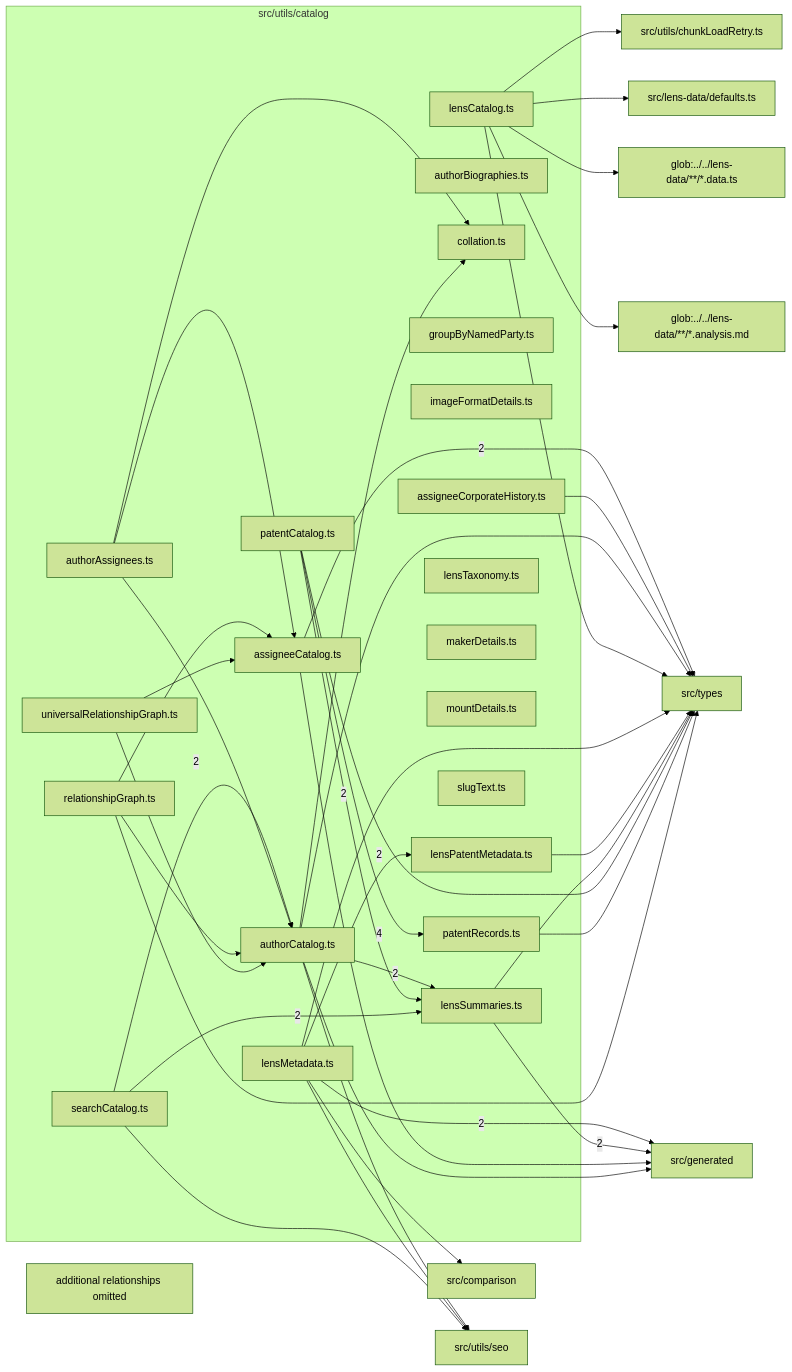
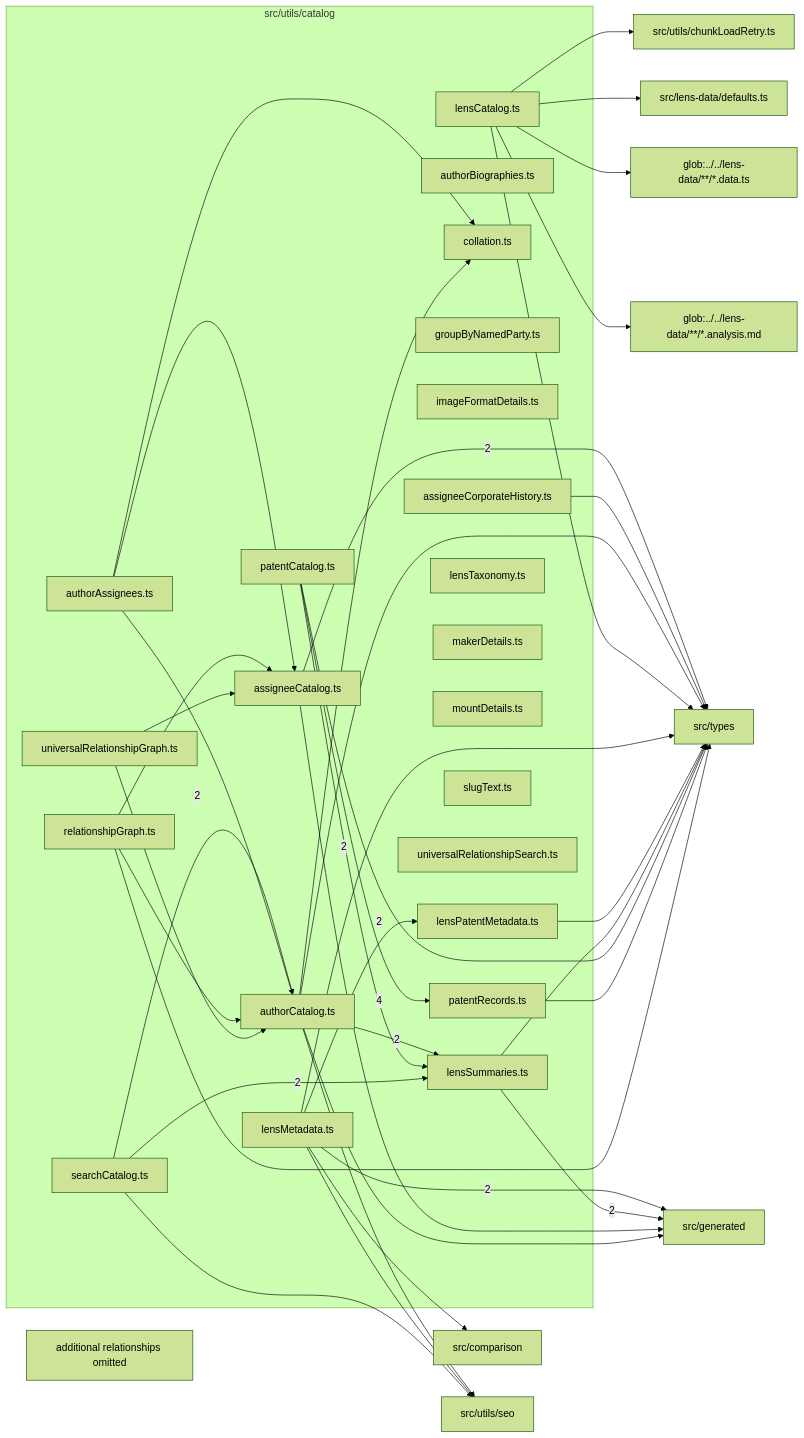
One commit to ronbuening/LensVisualizer changed the diagram in src/utils/catalog/readme.md. Above: the diagram before and after it, drawn with Mermaid (forest theme). The commit also changed other lines of this file and 14 other files, not shown here.

Commit message:
Add universal relationship map search

````diff
--- a/src/utils/catalog/readme.md
+++ b/src/utils/catalog/readme.md
@@ -9,71 +9,72 @@
 ```mermaid
 flowchart LR
   subgraph n_src_utils_catalog["src/utils/catalog"]
     n_src_utils_catalog_src_utils_catalog_assigneeCatalog_ts["assigneeCatalog.ts"]
     n_src_utils_catalog_src_utils_catalog_assigneeCorporateHistory_ts["assigneeCorporateHistory.ts"]
     n_src_utils_catalog_src_utils_catalog_authorAssignees_ts["authorAssignees.ts"]
     n_src_utils_catalog_src_utils_catalog_authorBiographies_ts["authorBiographies.ts"]
     n_src_utils_catalog_src_utils_catalog_authorCatalog_ts["authorCatalog.ts"]
     n_src_utils_catalog_src_utils_catalog_collation_ts["collation.ts"]
     n_src_utils_catalog_src_utils_catalog_groupByNamedParty_ts["groupByNamedParty.ts"]
     n_src_utils_catalog_src_utils_catalog_imageFormatDetails_ts["imageFormatDetails.ts"]
     n_src_utils_catalog_src_utils_catalog_lensCatalog_ts["lensCatalog.ts"]
     n_src_utils_catalog_src_utils_catalog_lensMetadata_ts["lensMetadata.ts"]
     n_src_utils_catalog_src_utils_catalog_lensPatentMetadata_ts["lensPatentMetadata.ts"]
     n_src_utils_catalog_src_utils_catalog_lensSummaries_ts["lensSummaries.ts"]
     n_src_utils_catalog_src_utils_catalog_lensTaxonomy_ts["lensTaxonomy.ts"]
     n_src_utils_catalog_src_utils_catalog_makerDetails_ts["makerDetails.ts"]
     n_src_utils_catalog_src_utils_catalog_mountDetails_ts["mountDetails.ts"]
     n_src_utils_catalog_src_utils_catalog_patentCatalog_ts["patentCatalog.ts"]
     n_src_utils_catalog_src_utils_catalog_patentRecords_ts["patentRecords.ts"]
     n_src_utils_catalog_src_utils_catalog_relationshipGraph_ts["relationshipGraph.ts"]
     n_src_utils_catalog_src_utils_catalog_searchCatalog_ts["searchCatalog.ts"]
     n_src_utils_catalog_src_utils_catalog_slugText_ts["slugText.ts"]
     n_src_utils_catalog_src_utils_catalog_universalRelationshipGraph_ts["universalRelationshipGraph.ts"]
+    n_src_utils_catalog_src_utils_catalog_universalRelationshipSearch_ts["universalRelationshipSearch.ts"]
   end
   n_external_src_generated["src/generated"]
   n_external_src_types["src/types"]
   n_external_glob_______lens_data______analysis_md["glob:../../lens-data/**/*.analysis.md"]
   n_external_glob_______lens_data______data_ts["glob:../../lens-data/**/*.data.ts"]
   n_external_src_comparison["src/comparison"]
   n_external_src_lens_data_defaults_ts["src/lens-data/defaults.ts"]
   n_external_src_utils_chunkLoadRetry_ts["src/utils/chunkLoadRetry.ts"]
   n_external_src_utils_seo["src/utils/seo"]
   n_src_utils_catalog_src_utils_catalog_patentCatalog_ts --> |4| n_src_utils_catalog_src_utils_catalog_patentRecords_ts
   n_src_utils_catalog_src_utils_catalog_lensMetadata_ts --> |2| n_external_src_generated
   n_src_utils_catalog_src_utils_catalog_lensSummaries_ts --> |2| n_external_src_generated
   n_src_utils_catalog_src_utils_catalog_assigneeCatalog_ts --> |2| n_external_src_types
   n_src_utils_catalog_src_utils_catalog_searchCatalog_ts --> |2| n_src_utils_catalog_src_utils_catalog_authorCatalog_ts
   n_src_utils_catalog_src_utils_catalog_lensMetadata_ts --> |2| n_src_utils_catalog_src_utils_catalog_lensPatentMetadata_ts
   n_src_utils_catalog_src_utils_catalog_authorCatalog_ts --> |2| n_src_utils_catalog_src_utils_catalog_lensSummaries_ts
   n_src_utils_catalog_src_utils_catalog_patentCatalog_ts --> |2| n_src_utils_catalog_src_utils_catalog_lensSummaries_ts
   n_src_utils_catalog_src_utils_catalog_searchCatalog_ts --> |2| n_src_utils_catalog_src_utils_catalog_lensSummaries_ts
   n_src_utils_catalog_src_utils_catalog_lensCatalog_ts --> n_external_glob_______lens_data______analysis_md
   n_src_utils_catalog_src_utils_catalog_lensCatalog_ts --> n_external_glob_______lens_data______data_ts
   n_src_utils_catalog_src_utils_catalog_lensMetadata_ts --> n_external_src_comparison
   n_src_utils_catalog_src_utils_catalog_assigneeCatalog_ts --> n_external_src_generated
   n_src_utils_catalog_src_utils_catalog_authorCatalog_ts --> n_external_src_generated
   n_src_utils_catalog_src_utils_catalog_lensCatalog_ts --> n_external_src_lens_data_defaults_ts
   n_src_utils_catalog_src_utils_catalog_assigneeCorporateHistory_ts --> n_external_src_types
   n_src_utils_catalog_src_utils_catalog_authorCatalog_ts --> n_external_src_types
   n_src_utils_catalog_src_utils_catalog_lensCatalog_ts --> n_external_src_types
   n_src_utils_catalog_src_utils_catalog_lensMetadata_ts --> n_external_src_types
   n_src_utils_catalog_src_utils_catalog_lensPatentMetadata_ts --> n_external_src_types
   n_src_utils_catalog_src_utils_catalog_lensSummaries_ts --> n_external_src_types
   n_src_utils_catalog_src_utils_catalog_patentCatalog_ts --> n_external_src_types
   n_src_utils_catalog_src_utils_catalog_patentRecords_ts --> n_external_src_types
   n_src_utils_catalog_src_utils_catalog_relationshipGraph_ts --> n_external_src_types
   n_src_utils_catalog_src_utils_catalog_lensCatalog_ts --> n_external_src_utils_chunkLoadRetry_ts
   n_src_utils_catalog_src_utils_catalog_authorCatalog_ts --> n_external_src_utils_seo
   n_src_utils_catalog_src_utils_catalog_lensMetadata_ts --> n_external_src_utils_seo
   n_src_utils_catalog_src_utils_catalog_searchCatalog_ts --> n_external_src_utils_seo
   n_src_utils_catalog_src_utils_catalog_authorAssignees_ts --> n_src_utils_catalog_src_utils_catalog_assigneeCatalog_ts
   n_src_utils_catalog_src_utils_catalog_relationshipGraph_ts --> n_src_utils_catalog_src_utils_catalog_assigneeCatalog_ts
   n_src_utils_catalog_src_utils_catalog_universalRelationshipGraph_ts --> n_src_utils_catalog_src_utils_catalog_assigneeCatalog_ts
   n_src_utils_catalog_src_utils_catalog_authorAssignees_ts --> n_src_utils_catalog_src_utils_catalog_authorCatalog_ts
   n_src_utils_catalog_src_utils_catalog_relationshipGraph_ts --> n_src_utils_catalog_src_utils_catalog_authorCatalog_ts
   n_src_utils_catalog_src_utils_catalog_universalRelationshipGraph_ts --> n_src_utils_catalog_src_utils_catalog_authorCatalog_ts
   n_src_utils_catalog_src_utils_catalog_authorAssignees_ts --> n_src_utils_catalog_src_utils_catalog_collation_ts
   n_src_utils_catalog_src_utils_catalog_authorCatalog_ts --> n_src_utils_catalog_src_utils_catalog_collation_ts
   n_src_utils_catalog_truncated["additional relationships omitted"]
 ```
````
